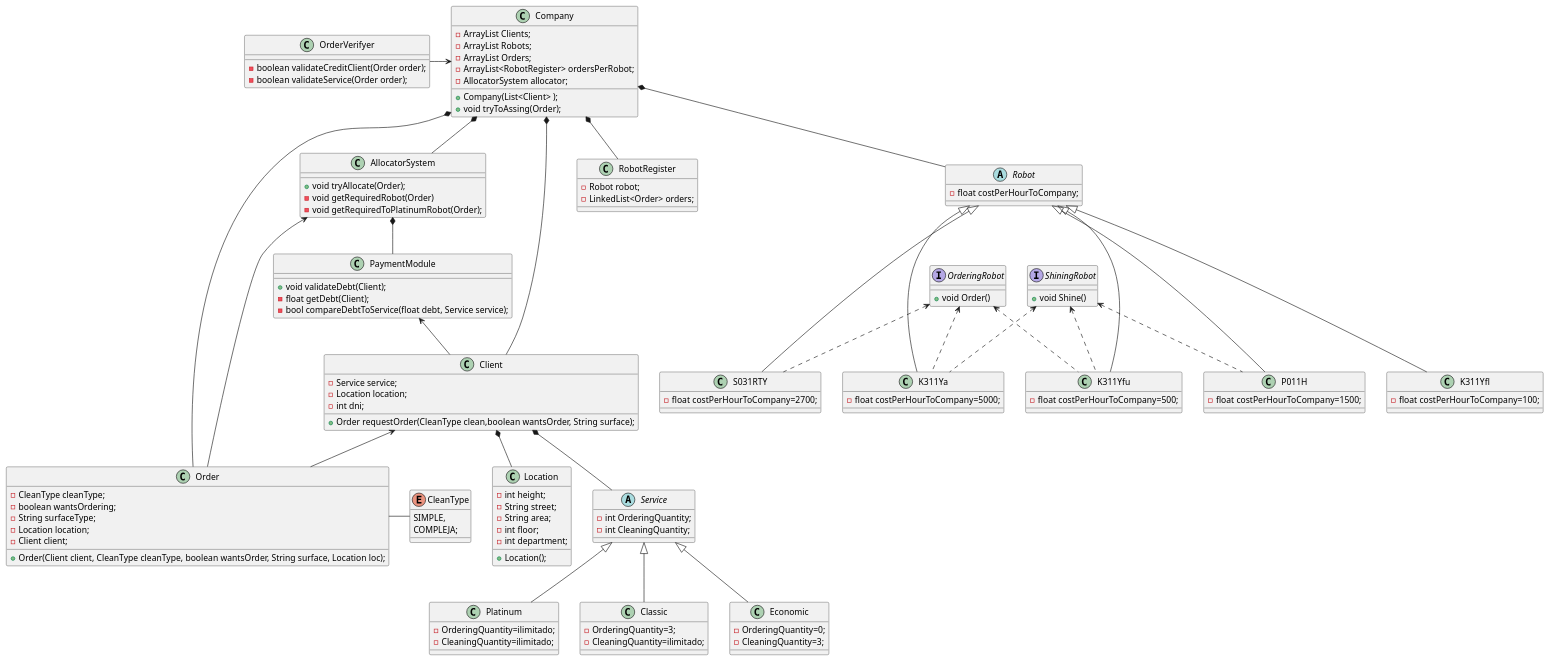
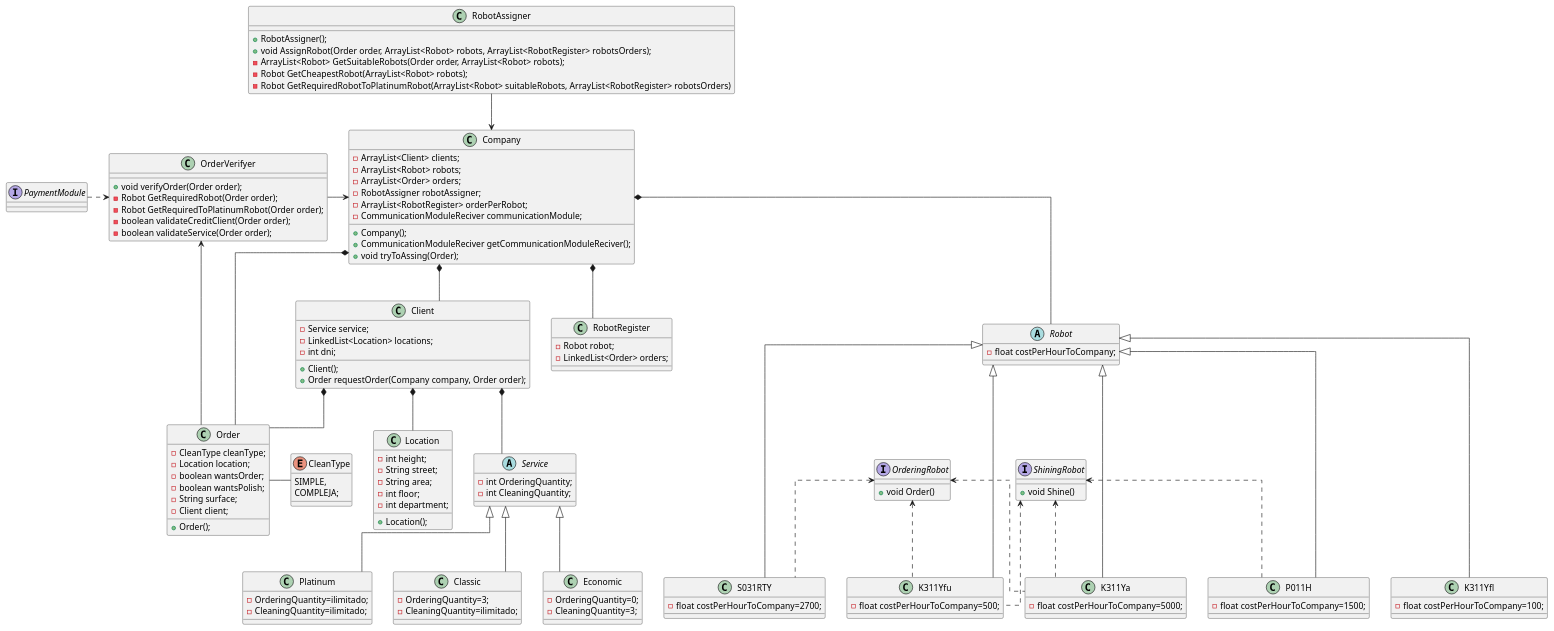
Before and after one commit to octex/tp-progIII-UTN-TSSI: the diagram in src/main/Docs/Robotitos.puml, drawn with PlantUML.

Commit message:
Actualizo diagrama

```diff
--- a/src/main/Docs/Robotitos.puml
+++ b/src/main/Docs/Robotitos.puml
@@ -1,144 +1,155 @@
 @startuml
 'https://plantuml.com/class-diagram
 
+skinparam linetype ortho
+
 class Client {
     - Service service;
-    - Location location;
+    - LinkedList<Location> locations;
     - int dni;
 
-    + Order requestOrder(CleanType clean,boolean wantsOrder, String surface);
+    + Client();
+    + Order requestOrder(Company company, Order order);
 }
 
 class Location{
     - int height;
     - String street;
     - String area;
     - int floor;
     - int department;
     + Location();
 }
 
 class RobotRegister{
     - Robot robot;
     - LinkedList<Order> orders;
 }
 
 abstract Robot{
     - float costPerHourToCompany;
 }
 class S031RTY{
     - float costPerHourToCompany=2700;
 }
 class K311Yfu{
     - float costPerHourToCompany=500;
 }
 class P011H{
     - float costPerHourToCompany=1500;
 }
 class K311Ya{
     - float costPerHourToCompany=5000;
 }
 class K311Yfl{
     - float costPerHourToCompany=100;
 }
 
 interface OrderingRobot{
     + void Order()
 }
 interface ShiningRobot{
     + void Shine()
 }
 
 abstract Service{
     - int OrderingQuantity;
     - int CleaningQuantity;
 }
 class Platinum{
     - OrderingQuantity=ilimitado;
     - CleaningQuantity=ilimitado;
 }
 class Classic{
     - OrderingQuantity=3;
     - CleaningQuantity=ilimitado;
 }
 
 class Economic{
     - OrderingQuantity=0;
     - CleaningQuantity=3;
 }
 
 class Company{
-    - ArrayList Clients;
-    - ArrayList Robots;
-    - ArrayList Orders;
-    - ArrayList<RobotRegister> ordersPerRobot;
-    - AllocatorSystem allocator;
-    + Company(List<Client> );
+    - ArrayList<Client> clients;
+    - ArrayList<Robot> robots;
+    - ArrayList<Order> orders;
+    - RobotAssigner robotAssigner;
+    - ArrayList<RobotRegister> orderPerRobot;
+    - CommunicationModuleReciver communicationModule;
+
+    + Company();
+    + CommunicationModuleReciver getCommunicationModuleReciver();
     + void tryToAssing(Order);
+}
+
+class OrderVerifyer{
+    + void verifyOrder(Order order);
+    - Robot GetRequiredRobot(Order order);
+    - Robot GetRequiredToPlatinumRobot(Order order);
+}
+
+class RobotAssigner{
+   + RobotAssigner();
+   + void AssignRobot(Order order, ArrayList<Robot> robots, ArrayList<RobotRegister> robotsOrders);
+   - ArrayList<Robot> GetSuitableRobots(Order order, ArrayList<Robot> robots);
+   - Robot GetCheapestRobot(ArrayList<Robot> robots);
+   - Robot GetRequiredRobotToPlatinumRobot(ArrayList<Robot> suitableRobots, ArrayList<RobotRegister> robotsOrders)
 }
 
 class Order{
     - CleanType cleanType;
-    - boolean wantsOrdering;
-    - String surfaceType;
     - Location location;
+    - boolean wantsOrder;
+    - boolean wantsPolish;
+    - String surface;
     - Client client;
 
-    + Order(Client client, CleanType cleanType, boolean wantsOrder, String surface, Location loc);
+    + Order();
 }
 enum CleanType{
     SIMPLE,
     COMPLEJA;
-}
-
-class AllocatorSystem{
-    + void tryAllocate(Order);
-    - void getRequiredRobot(Order)
-    - void getRequiredToPlatinumRobot(Order);
 }
 
 class OrderVerifyer{
     - boolean validateCreditClient(Order order);
     - boolean validateService(Order order);
 }
 
-class PaymentModule{
-    + void validateDebt(Client);
-    - float getDebt(Client);
-    - bool compareDebtToService(float debt, Service service);
+Interface PaymentModule{
 }
 
+OrderVerifyer <.left. PaymentModule
+OrderVerifyer <-- Order
 
-AllocatorSystem*--PaymentModule
-PaymentModule<--Client
 Service <|-- Platinum
 Service <|-- Classic
 Service <|-- Economic
 
-Company *-- AllocatorSystem
 Company*-- Robot
 Company *-- Client
 Company *-- Order
 Company *-- RobotRegister
 Company <-left- OrderVerifyer
+Company <-up- RobotAssigner
 
 Robot <|--- K311Yfl
 Robot <|--- K311Yfu
 Robot <|--- P011H
 Robot <|--- K311Ya
 Robot <|--- S031RTY
 
 ShiningRobot <.. K311Yfu
 ShiningRobot <.. P011H
 ShiningRobot <.. K311Ya
 OrderingRobot <.. K311Yfu
 OrderingRobot <.. K311Ya
 OrderingRobot <.. S031RTY
 
 Client *-- Service
 Client *-- Location
 
 Order- CleanType
-Client<--Order
-AllocatorSystem <-- Order
+Client*--Order
 @enduml
```
